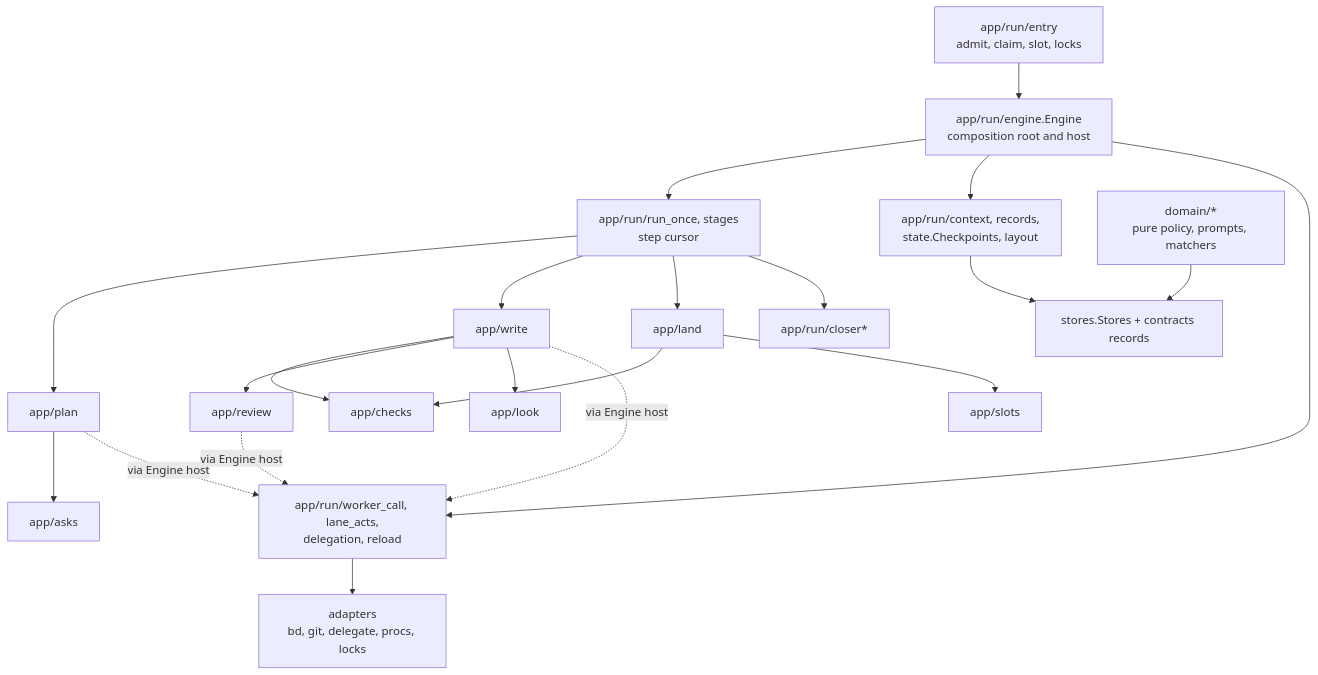
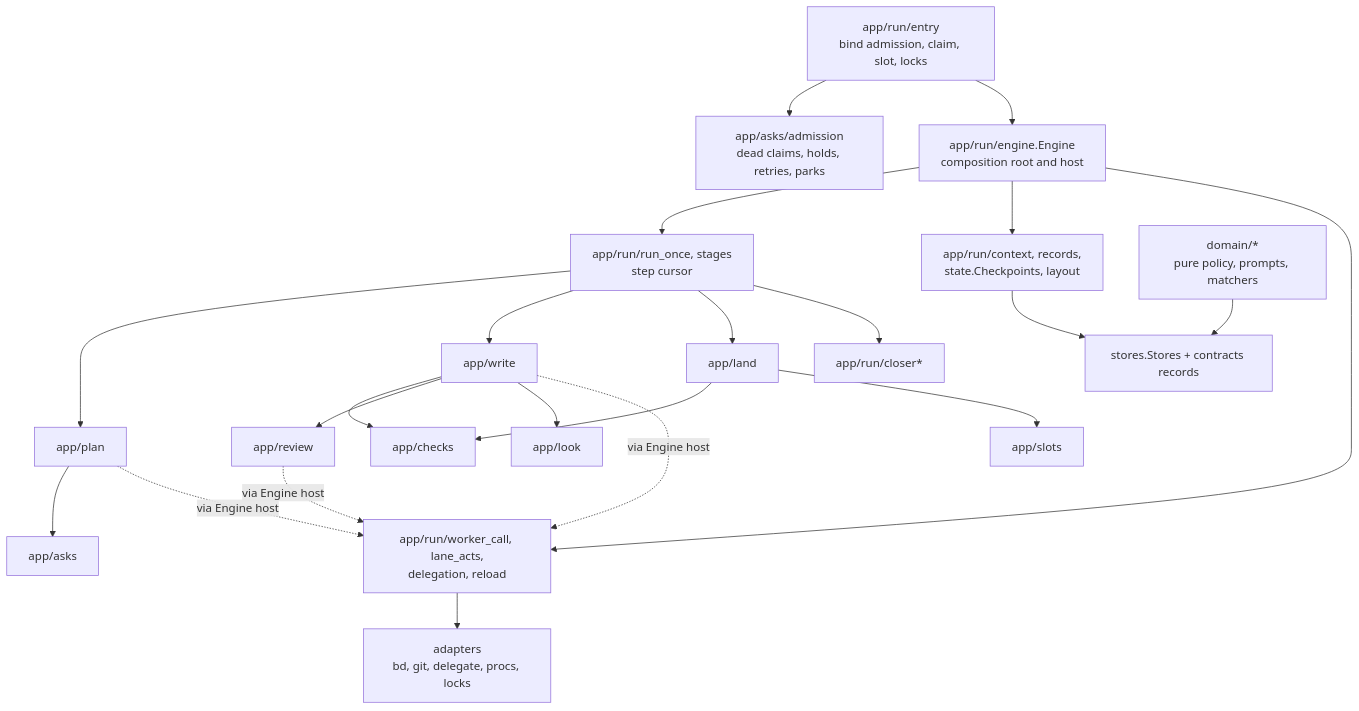
One commit to iorlas/iorlas-task-loop changed the fourth of 5 diagrams in docs/architecture/c4-task-loop.md. Above: the diagram before and after it, drawn with Mermaid. The commit also changed other lines of this file and 19 other files, not shown here.

First line of the commit message:
C-THIN (b): admission and the outcome line leave run/entry.py (tl-e5t0.40.2)

````diff
--- a/docs/architecture/c4-task-loop.md
+++ b/docs/architecture/c4-task-loop.md
@@ -274,39 +274,41 @@
 ```mermaid
 flowchart TB
-    entry["app/run/entry<br/>admit, claim, slot, locks"]
+    entry["app/run/entry<br/>bind admission, claim, slot, locks"]
+    admission["app/asks/admission<br/>dead claims, holds, retries, parks"]
+    entry --> admission
     engine["app/run/engine.Engine<br/>composition root and host"]
     runonce["app/run/run_once, stages<br/>step cursor"]
     ctx["app/run/context, records,<br/>state.Checkpoints, layout"]
     worker["app/run/worker_call, lane_acts,<br/>delegation, reload"]
     plan["app/plan"]
     write["app/write"]
     checks["app/checks"]
     review["app/review"]
     look["app/look"]
     land["app/land"]
     closer["app/run/closer*"]
     asks["app/asks"]
     slots["app/slots"]
     domain["domain/*<br/>pure policy, prompts, matchers"]
     adapters["adapters<br/>bd, git, delegate, procs, locks"]
     stores["stores.Stores + contracts records"]
     entry --> engine --> runonce
     runonce --> plan
     runonce --> write
     runonce --> land
     runonce --> closer
     write --> checks
     write --> review
     write --> look
     land --> checks
     land --> slots
     plan --> asks
     engine --> ctx
     engine --> worker
     plan -.->|"via Engine host"| worker
     write -.->|"via Engine host"| worker
     review -.->|"via Engine host"| worker
     domain --> stores
     worker --> adapters
     ctx --> stores
 ```
````
